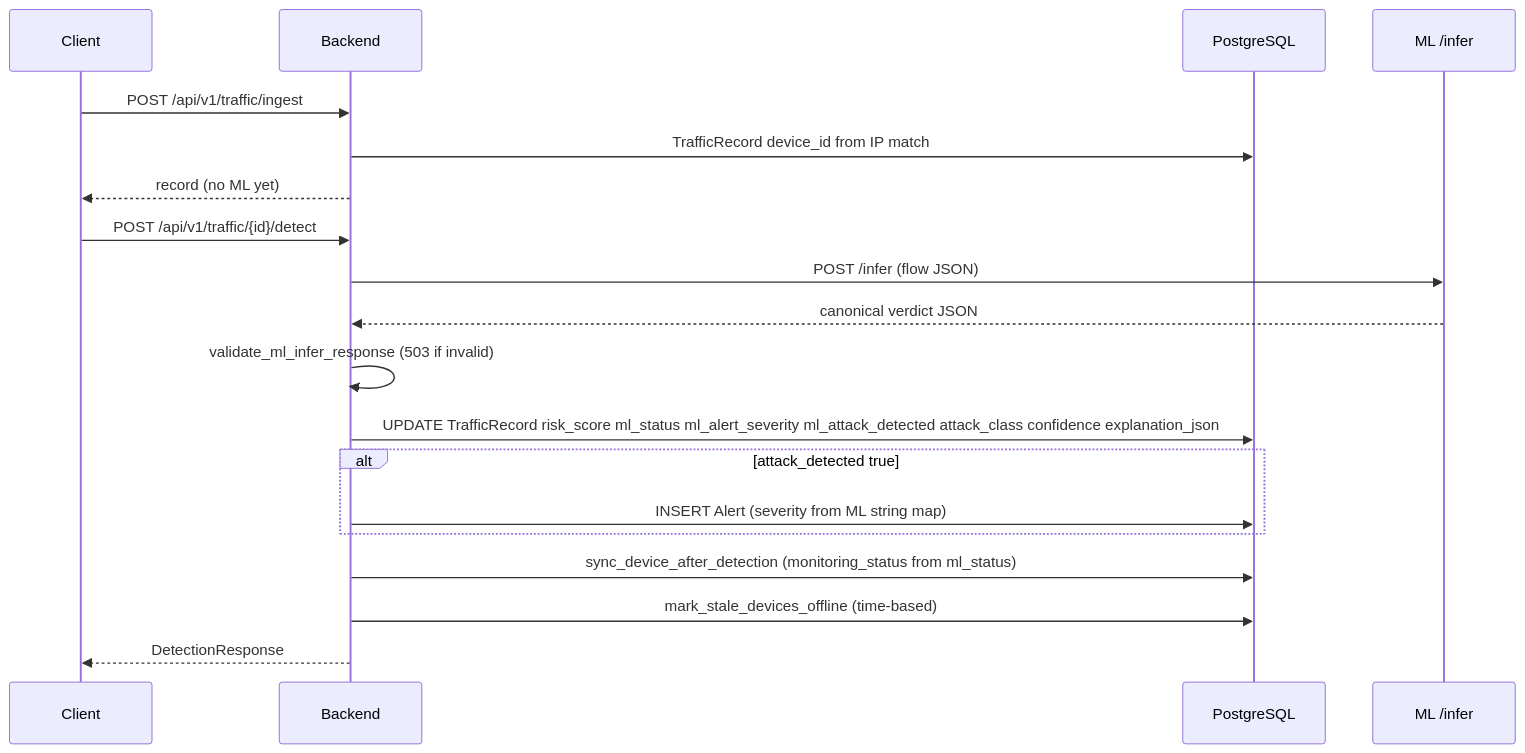
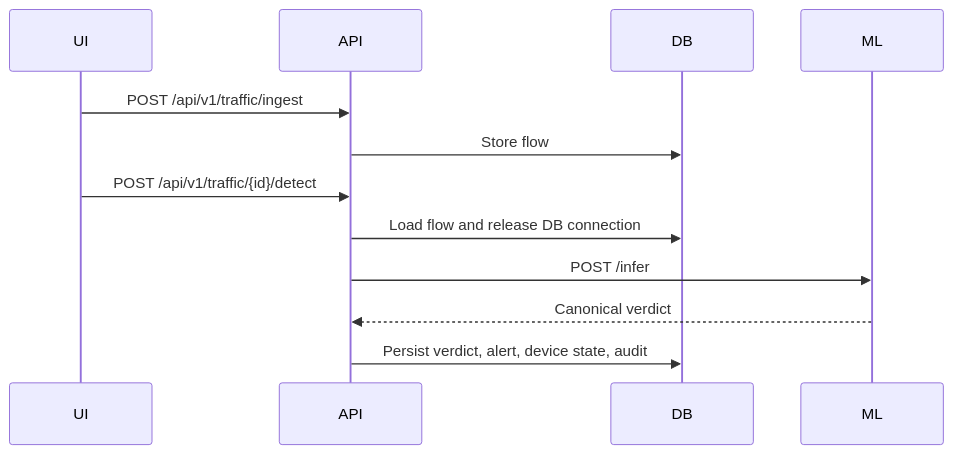
The third of 4 diagrams in README.md (wessamsokar/OT-Security-Project), drawn with Mermaid before and after one commit. The commit also changed other lines of this file and 166 other files, not shown here.

````diff
--- a/README.md
+++ b/README.md
@@ -74,23 +184,14 @@
 ```mermaid
 sequenceDiagram
-  participant C as Client
-  participant B as Backend
-  participant DB as PostgreSQL
-  participant ML as ML /infer
-
-  C->>B: POST /api/v1/traffic/ingest
-  B->>DB: TrafficRecord device_id from IP match
-  B-->>C: record (no ML yet)
-
-  C->>B: POST /api/v1/traffic/{id}/detect
-  B->>ML: POST /infer (flow JSON)
-  ML-->>B: canonical verdict JSON
-  B->>B: validate_ml_infer_response (503 if invalid)
-  B->>DB: UPDATE TrafficRecord risk_score ml_status ml_alert_severity ml_attack_detected attack_class confidence explanation_json
-  alt attack_detected true
-    B->>DB: INSERT Alert (severity from ML string map)
-  end
-  B->>DB: sync_device_after_detection (monitoring_status from ml_status)
-  B->>DB: mark_stale_devices_offline (time-based)
-  B-->>C: DetectionResponse
+  participant UI
+  participant API
+  participant DB
+  participant ML
+  UI->>API: POST /api/v1/traffic/ingest
+  API->>DB: Store flow
+  UI->>API: POST /api/v1/traffic/{id}/detect
+  API->>DB: Load flow and release DB connection
+  API->>ML: POST /infer
+  ML-->>API: Canonical verdict
+  API->>DB: Persist verdict, alert, device state, audit
 ```
````
